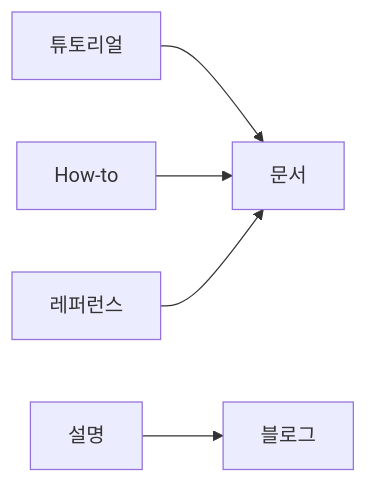
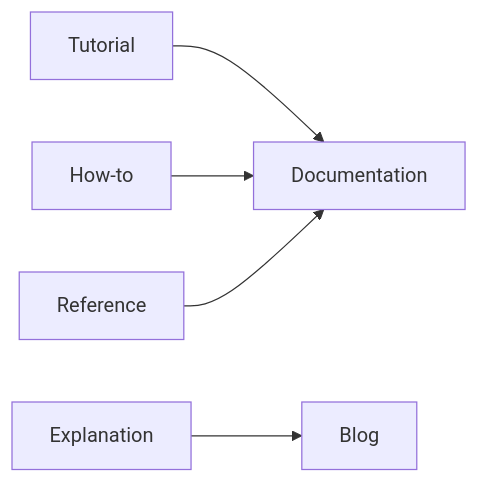
Before and after one commit to yeongseon-books/book-content: the diagram in content/technical-writing-101/ko/09-blog-vs-docs.md, drawn with Mermaid. The commit also changed other lines of this file and 9 other files, not shown here.

````diff
--- a/content/technical-writing-101/ko/09-blog-vs-docs.md
+++ b/content/technical-writing-101/ko/09-blog-vs-docs.md
@@ -50,7 +50,7 @@
 ```mermaid
 flowchart LR
-    Tut[튜토리얼] --> Doc[문서]
+    Tut[Tutorial] --> Doc[Documentation]
     HT[How-to] --> Doc
-    Ref[레퍼런스] --> Doc
-    Exp[설명] --> Blog[블로그]
+    Ref[Reference] --> Doc
+    Exp[Explanation] --> Blog[Blog]
 ```
````
